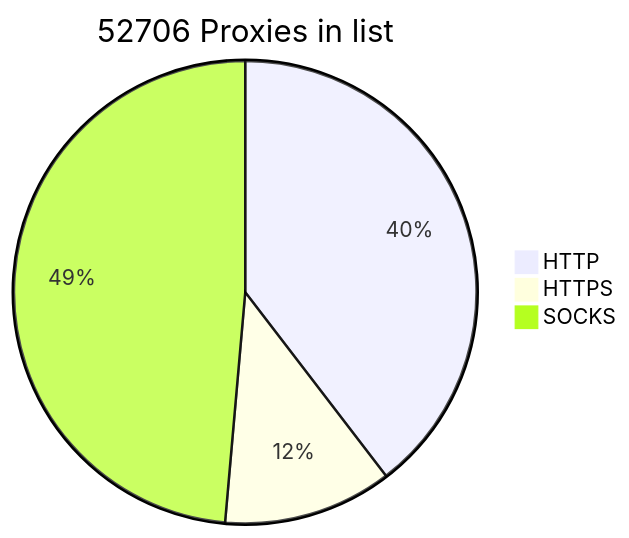
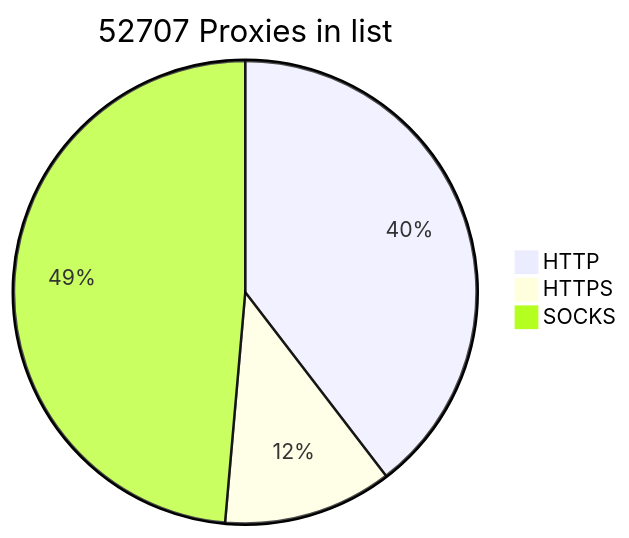
The diagram in README.md (BlackSnowDot/proxylist-update-every-minute), drawn with Mermaid before and after one commit.

````diff
--- a/README.md
+++ b/README.md
@@ -2,6 +2,6 @@
 ```mermaid
-pie title 52706 Proxies in list
+pie title 52707 Proxies in list
     "HTTP" : 23260
     "HTTPS": 6935
-    "SOCKS" : 28559
+    "SOCKS" : 28560
 ```
````
